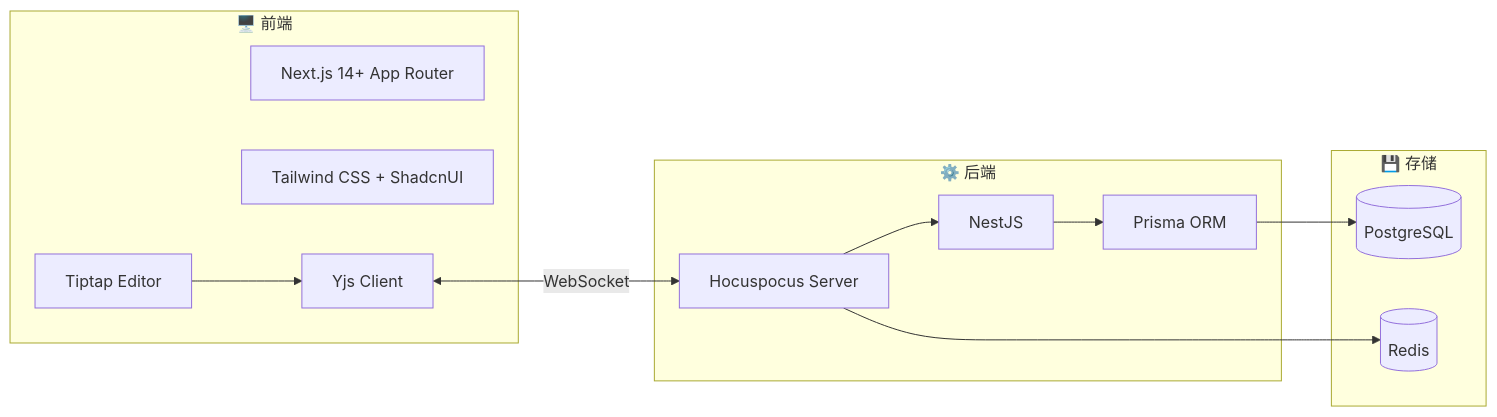
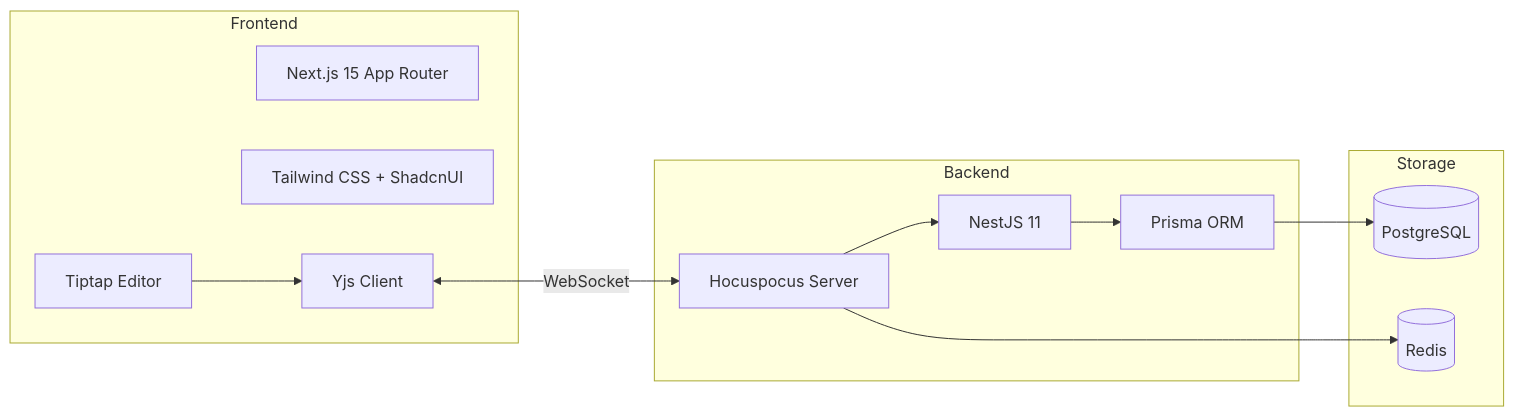
Before and after one commit to monazite1s/SyncDoc: the first of 12 diagrams in README.md, drawn with Mermaid. The commit also changed other lines of this file and 112 other files, not shown here.

````diff
--- a/README.md
+++ b/README.md
@@ -63,27 +130,27 @@
 ```mermaid
 graph LR
-    subgraph Frontend["🖥️ 前端"]
-        A[Next.js 14+ App Router]
+    subgraph Frontend["Frontend"]
+        A[Next.js 15 App Router]
         B[Tailwind CSS + ShadcnUI]
         C[Tiptap Editor]
         D[Yjs Client]
     end
 
-    subgraph Backend["⚙️ 后端"]
-        E[NestJS]
+    subgraph Backend["Backend"]
+        E[NestJS 11]
         F[Hocuspocus Server]
         G[Prisma ORM]
     end
 
-    subgraph Storage["💾 存储"]
+    subgraph Storage["Storage"]
         H[(PostgreSQL)]
         I[(Redis)]
     end
 
     C --> D
     D <-->|WebSocket| F
     F --> E
     E --> G
     G --> H
     F --> I
 ```
````
